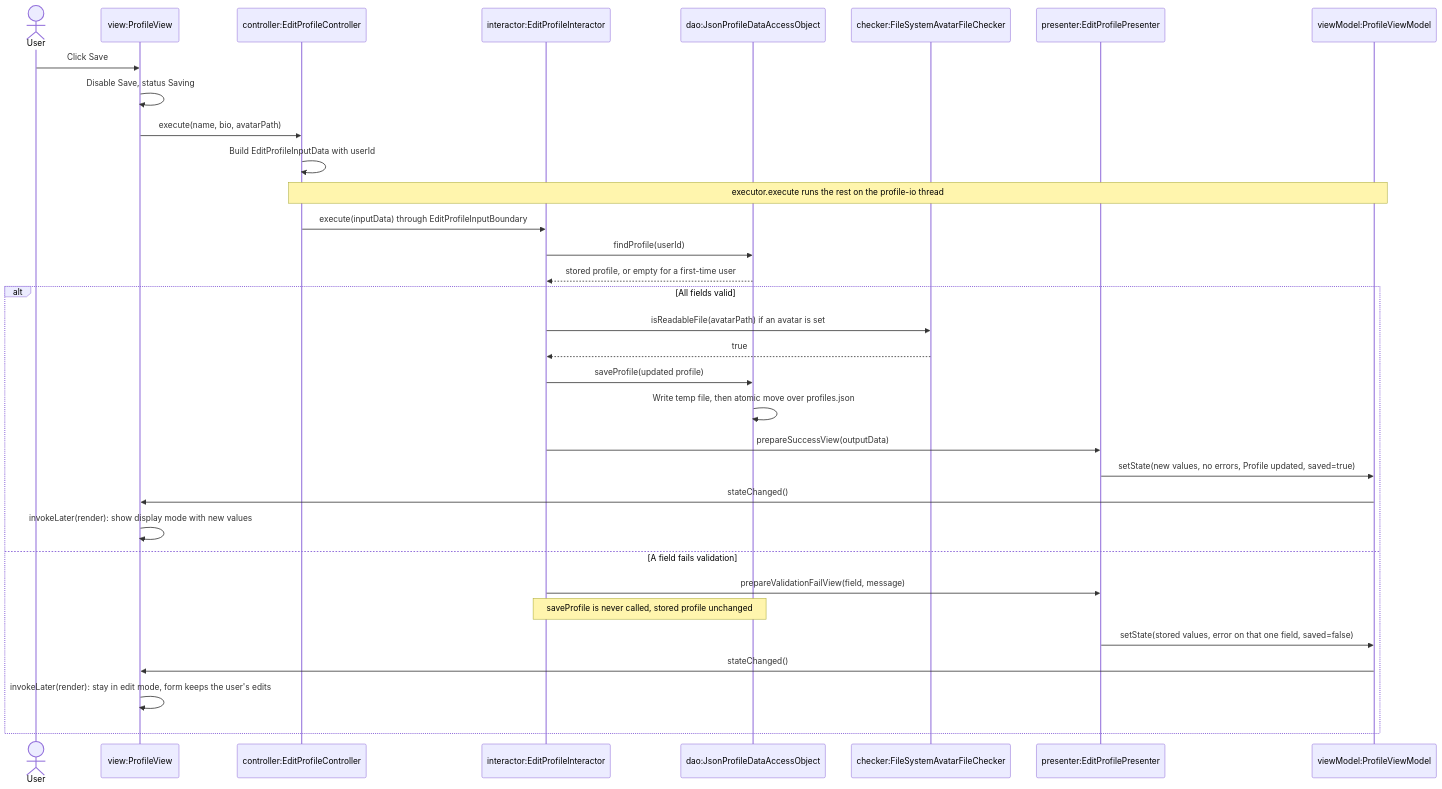
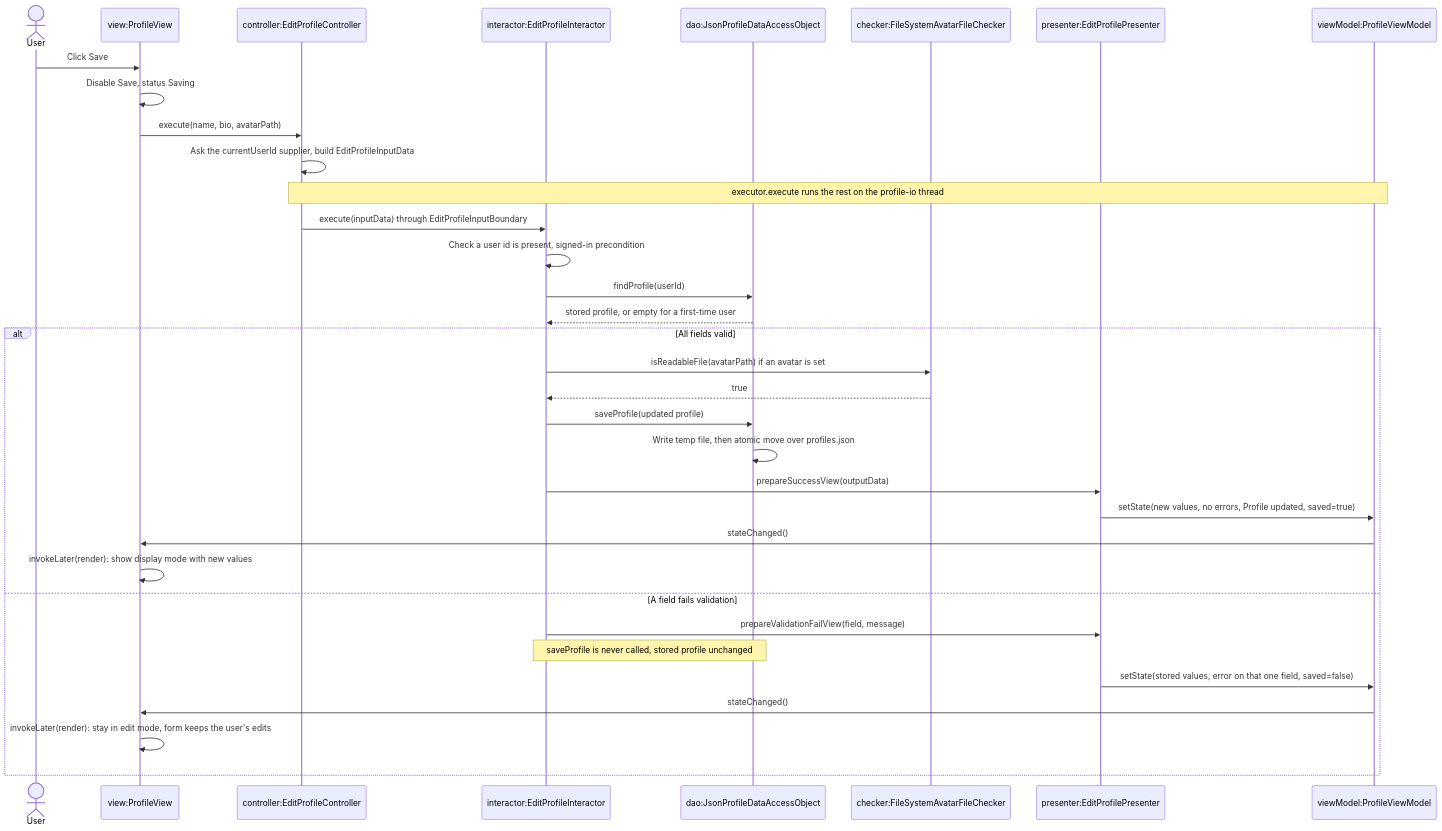
The second of 3 diagrams in docs/KIERAN_PROFILE.md (GabrielCastellon/team-project), drawn with Mermaid before and after one commit. The commit also changed other lines of this file and 1 other file, not shown here.

Commit message:
Document signed-in profile behaviour

````diff
--- a/docs/KIERAN_PROFILE.md
+++ b/docs/KIERAN_PROFILE.md
@@ -226,36 +240,37 @@
 ```mermaid
 sequenceDiagram
     actor User
     participant V as view:ProfileView
     participant C as controller:EditProfileController
     participant I as interactor:EditProfileInteractor
     participant D as dao:JsonProfileDataAccessObject
     participant F as checker:FileSystemAvatarFileChecker
     participant P as presenter:EditProfilePresenter
     participant M as viewModel:ProfileViewModel
 
     User->>V: Click Save
     V->>V: Disable Save, status Saving
     V->>C: execute(name, bio, avatarPath)
-    C->>C: Build EditProfileInputData with userId
+    C->>C: Ask the currentUserId supplier, build EditProfileInputData
     Note over C,M: executor.execute runs the rest on the profile-io thread
     C->>I: execute(inputData) through EditProfileInputBoundary
+    I->>I: Check a user id is present, signed-in precondition
     I->>D: findProfile(userId)
     D-->>I: stored profile, or empty for a first-time user
     alt All fields valid
         I->>F: isReadableFile(avatarPath) if an avatar is set
         F-->>I: true
         I->>D: saveProfile(updated profile)
         D->>D: Write temp file, then atomic move over profiles.json
         I->>P: prepareSuccessView(outputData)
         P->>M: setState(new values, no errors, Profile updated, saved=true)
         M->>V: stateChanged()
         V->>V: invokeLater(render): show display mode with new values
     else A field fails validation
         I->>P: prepareValidationFailView(field, message)
         Note over I,D: saveProfile is never called, stored profile unchanged
         P->>M: setState(stored values, error on that one field, saved=false)
         M->>V: stateChanged()
         V->>V: invokeLater(render): stay in edit mode, form keeps the user's edits
     end
 ```
````
